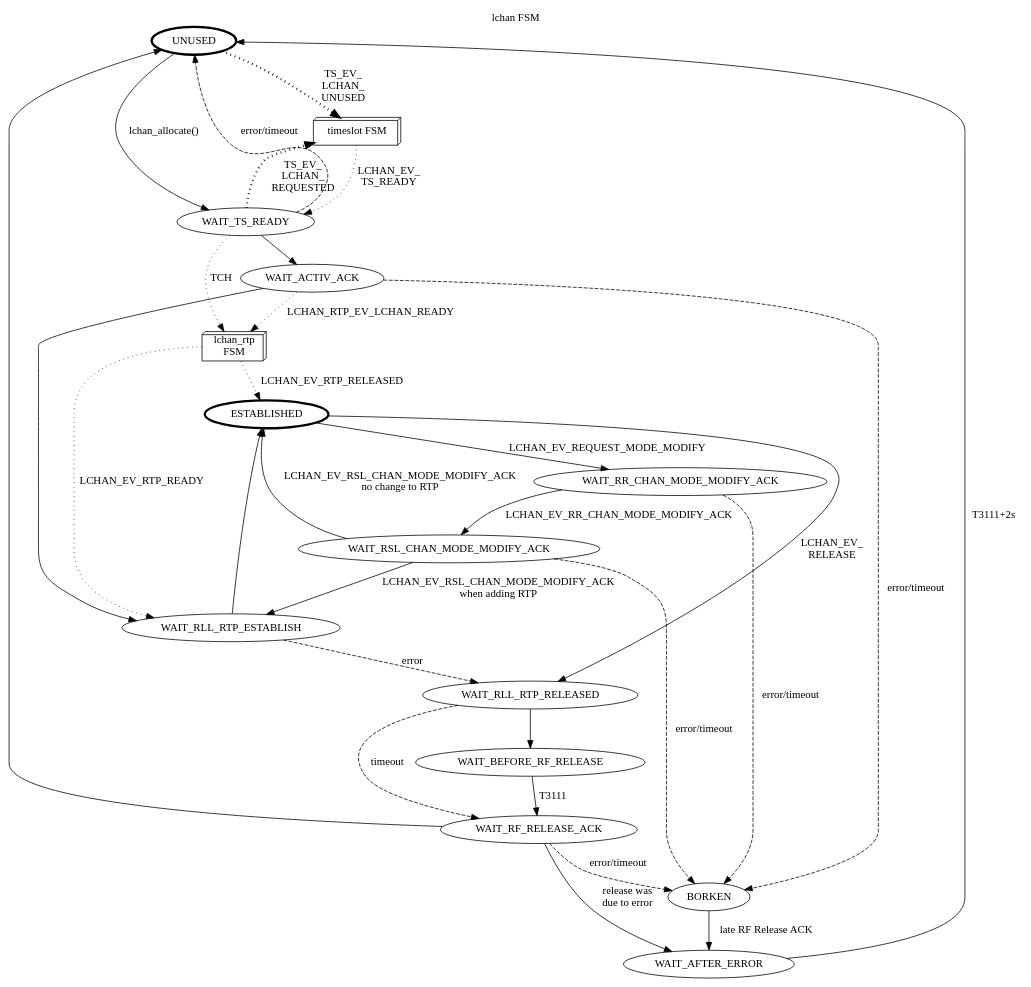
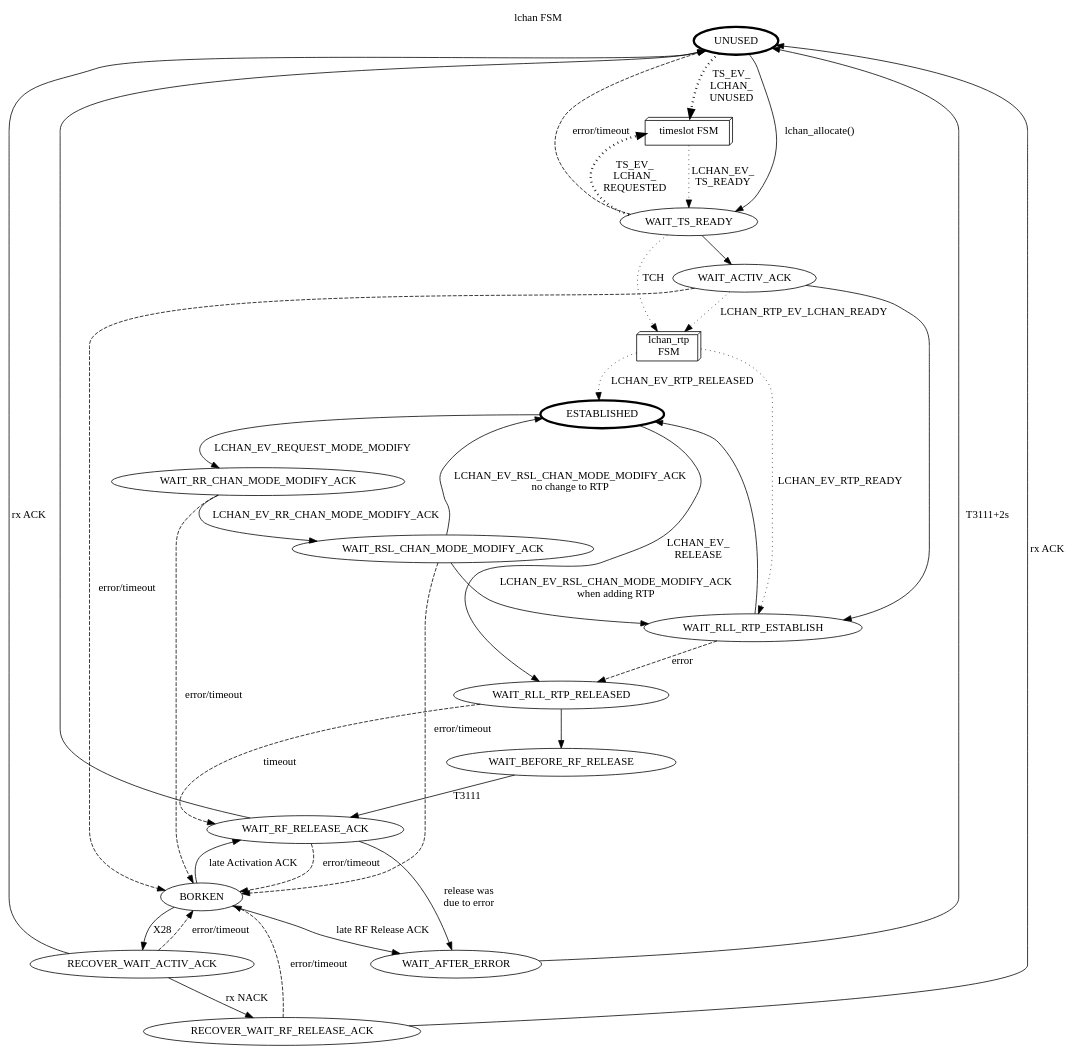
One commit to osmocom/osmo-bsc changed the diagram in doc/lchan-fsm.dot. Above: the diagram before and after it, drawn with Graphviz. The commit also changed 4 other files, not shown here.

First line of the commit message:
recover BORKEN lchans for missing ACK scenarios

```diff
--- a/doc/lchan-fsm.dot
+++ b/doc/lchan-fsm.dot
@@ -1,47 +1,57 @@
 digraph G {
 rankdir=TB
 labelloc=t; label="lchan FSM"
 	
 	invisible [style="invisible"]
 	UNUSED [penwidth=3.0]
 	ESTABLISHED [penwidth=3.0]
 	
 	ts [label="timeslot FSM",shape=box3d]
 	rtp [label="lchan_rtp\nFSM",shape=box3d]
 
 	UNUSED -> WAIT_TS_READY [label="lchan_allocate()"]
 	WAIT_TS_READY -> WAIT_ACTIV_ACK
 	WAIT_ACTIV_ACK -> WAIT_RLL_RTP_ESTABLISH
 	WAIT_RLL_RTP_ESTABLISH -> ESTABLISHED
 
 	ESTABLISHED -> WAIT_RLL_RTP_RELEASED [label="LCHAN_EV_\nRELEASE"]
 	WAIT_RLL_RTP_RELEASED -> WAIT_BEFORE_RF_RELEASE
 	WAIT_RLL_RTP_RELEASED -> WAIT_RF_RELEASE_ACK [label="timeout",style=dashed,constraint=false]
 
 	WAIT_BEFORE_RF_RELEASE -> WAIT_RF_RELEASE_ACK [label="T3111"]
 	WAIT_RF_RELEASE_ACK -> UNUSED
 	WAIT_RF_RELEASE_ACK -> WAIT_AFTER_ERROR [label="release was\ndue to error"]
 	WAIT_AFTER_ERROR -> UNUSED [label="T3111+2s"]
 
 	WAIT_TS_READY -> ts [label="TS_EV_\nLCHAN_\nREQUESTED",style=dotted,penwidth=3]
 	UNUSED -> ts [label="TS_EV_\nLCHAN_\nUNUSED",style=dotted,penwidth=3]
 	ts -> WAIT_TS_READY [label="LCHAN_EV_\nTS_READY",style=dotted]
 
 	WAIT_TS_READY -> rtp [label="TCH",style=dotted]
 
 	WAIT_TS_READY -> UNUSED [label="error/timeout",style=dashed,constraint=false]
 	{WAIT_ACTIV_ACK,WAIT_RF_RELEASE_ACK} -> BORKEN [label="error/timeout",style=dashed]
 	BORKEN -> WAIT_AFTER_ERROR [label="late RF Release ACK"]
+	BORKEN -> WAIT_RF_RELEASE_ACK [label="late Activation ACK"]
 	WAIT_RLL_RTP_ESTABLISH -> WAIT_RLL_RTP_RELEASED [label=error,style=dashed]
 
 	WAIT_ACTIV_ACK -> rtp [label="LCHAN_RTP_EV_LCHAN_READY",style=dotted]
 	rtp -> WAIT_RLL_RTP_ESTABLISH [label="LCHAN_EV_RTP_READY",style=dotted]
 	rtp -> ESTABLISHED [label="LCHAN_EV_RTP_RELEASED",style=dotted]
 
 	ESTABLISHED -> WAIT_RR_CHAN_MODE_MODIFY_ACK [label="LCHAN_EV_REQUEST_MODE_MODIFY"]
 	WAIT_RR_CHAN_MODE_MODIFY_ACK -> WAIT_RSL_CHAN_MODE_MODIFY_ACK [label="LCHAN_EV_RR_CHAN_MODE_MODIFY_ACK"]
 	WAIT_RSL_CHAN_MODE_MODIFY_ACK -> WAIT_RLL_RTP_ESTABLISH [label="LCHAN_EV_RSL_CHAN_MODE_MODIFY_ACK\nwhen adding RTP"]
 	WAIT_RSL_CHAN_MODE_MODIFY_ACK -> ESTABLISHED [label="LCHAN_EV_RSL_CHAN_MODE_MODIFY_ACK\nno change to RTP"]
 	WAIT_RR_CHAN_MODE_MODIFY_ACK -> BORKEN [label="error/timeout",style=dashed]
 	WAIT_RSL_CHAN_MODE_MODIFY_ACK -> BORKEN [label="error/timeout",style=dashed]
+
+	BORKEN -> RECOVER_WAIT_ACTIV_ACK [label="X28"]
+	RECOVER_WAIT_ACTIV_ACK -> BORKEN [label="error/timeout",style=dashed]
+
+	RECOVER_WAIT_ACTIV_ACK -> UNUSED [label="rx ACK"]
+	RECOVER_WAIT_ACTIV_ACK -> RECOVER_WAIT_RF_RELEASE_ACK [label="rx NACK"]
+
+	RECOVER_WAIT_RF_RELEASE_ACK -> UNUSED [label="rx ACK"]
+	RECOVER_WAIT_RF_RELEASE_ACK -> BORKEN [label="error/timeout",style=dashed]
 }
```
